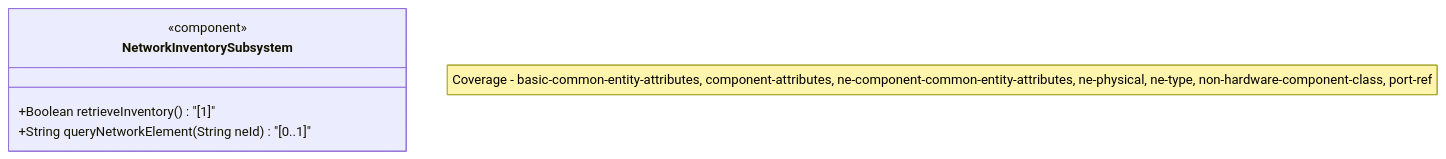
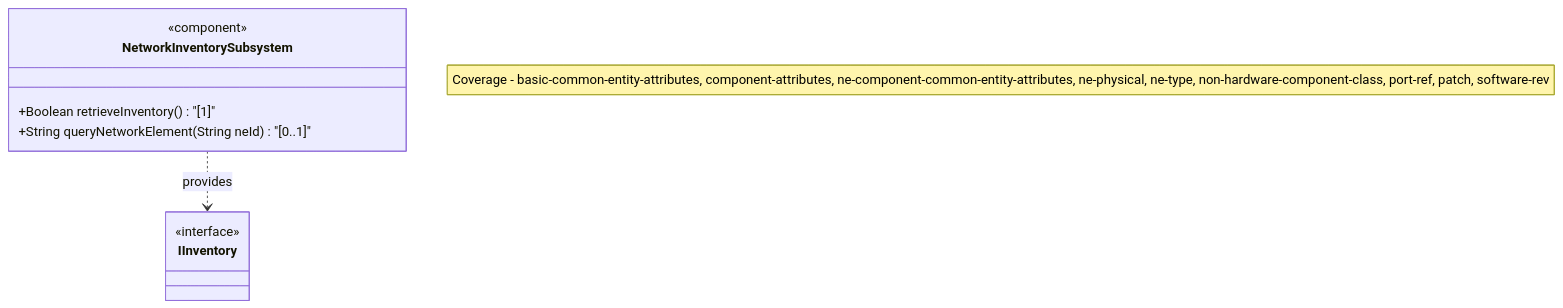
The first of 3 diagrams in docs/epics/epic-03-network-inventory.md (gintatkinson/3dgs-032), drawn with Mermaid before and after one commit. The commit also changed other lines of this file and 2 other files, not shown here.

Commit message:
feat(spec): register ietf-network-inventory Bounded Context specs

````diff
--- a/docs/epics/epic-03-network-inventory.md
+++ b/docs/epics/epic-03-network-inventory.md
@@ -32,9 +34,13 @@
 ```mermaid
 classDiagram
-    note "Coverage - basic-common-entity-attributes, component-attributes, ne-component-common-entity-attributes, ne-physical, ne-type, non-hardware-component-class, port-ref"
+    note "Coverage - basic-common-entity-attributes, component-attributes, ne-component-common-entity-attributes, ne-physical, ne-type, non-hardware-component-class, port-ref, patch, software-rev"
     class NetworkInventorySubsystem {
         <<component>>
         +Boolean retrieveInventory() "[1]"
         +String queryNetworkElement(String neId) "[0..1]"
     }
+    class IInventory {
+        <<interface>>
+    }
+    NetworkInventorySubsystem ..> IInventory : provides
 ```
````
